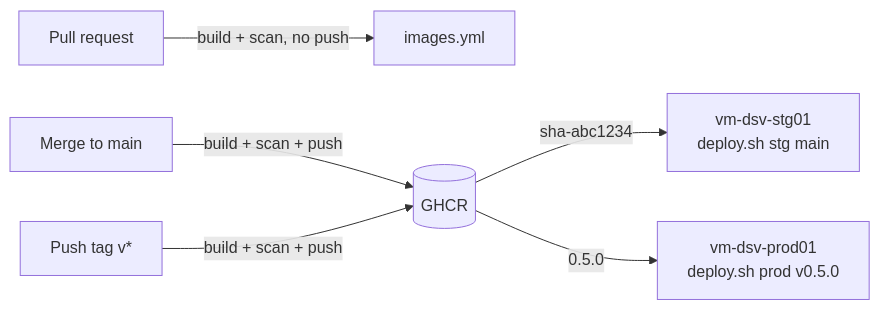
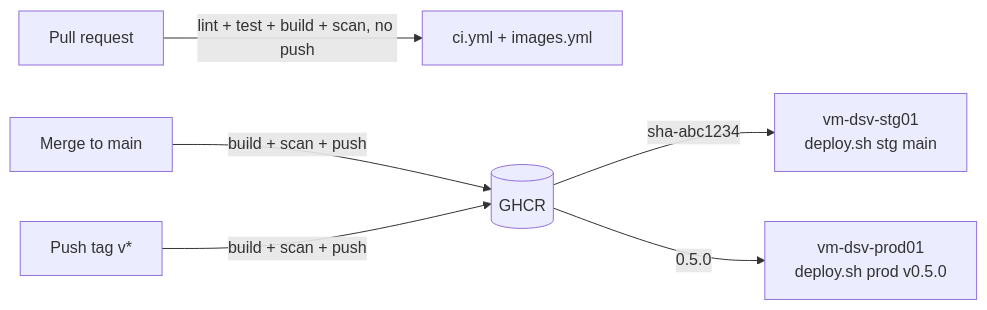
The diagram in docs/explanation/azure-vm/ci-cd.md (im-kenough/DineSafeViz), drawn with Mermaid before and after one commit. The commit also changed other lines of this file and 15 other files, not shown here.

````diff
--- a/docs/explanation/azure-vm/ci-cd.md
+++ b/docs/explanation/azure-vm/ci-cd.md
@@ -19,8 +19,8 @@
 ```mermaid
 flowchart LR
-    pr[Pull request] -->|build + scan, no push| ci[images.yml]
+    pr[Pull request] -->|lint + test + build + scan, no push| ci[ci.yml + images.yml]
     main[Merge to main] -->|build + scan + push| ghcr[(GHCR)]
     tag[Push tag v*] -->|build + scan + push| ghcr
     ghcr -->|"sha-abc1234"| stg["vm-dsv-stg01<br/>deploy.sh stg main"]
     ghcr -->|"0.5.0"| prod["vm-dsv-prod01<br/>deploy.sh prod v0.5.0"]
 ```
````
